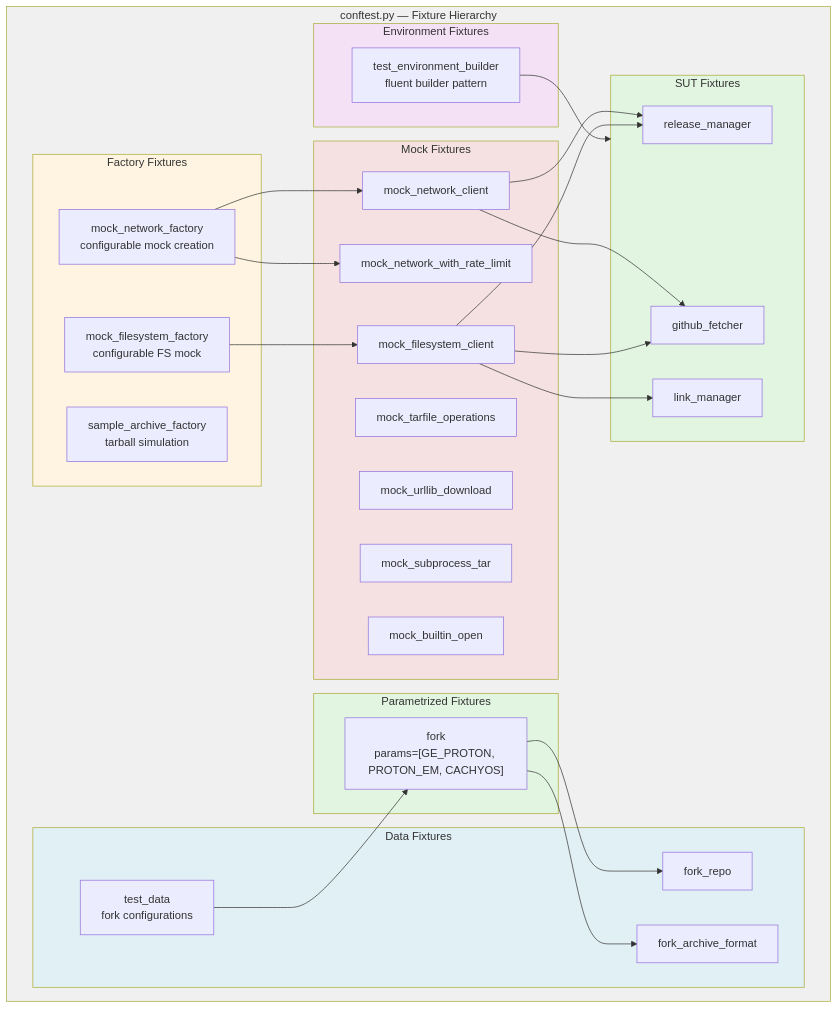
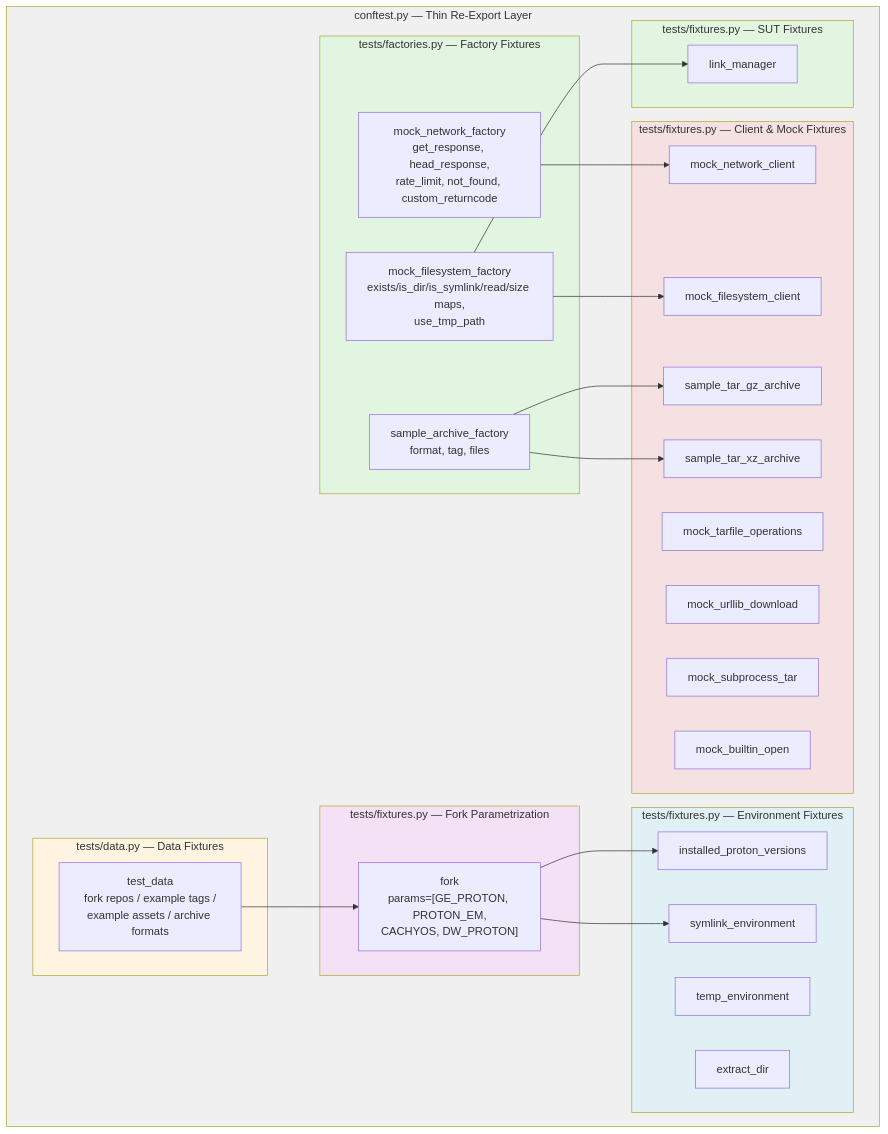
Diagram 15 of 16 in tests/TEST_DESIGN.md (WombatFromHell/protonge-fetcher), drawn with Mermaid before and after one commit. The commit also changed other lines of this file and 44 other files, not shown here.

````diff
--- a/tests/TEST_DESIGN.md
+++ b/tests/TEST_DESIGN.md
@@ -652,63 +654,58 @@
 ```mermaid
-graph TB
-    subgraph ROOT["conftest.py — Fixture Hierarchy"]
-        subgraph PARAM["Parametrized Fixtures"]
-            FORK["fork<br/>params=[GE_PROTON, PROTON_EM, CACHYOS]"]
+graph TD
+    subgraph ROOT["conftest.py — Thin Re-Export Layer"]
+        subgraph DATA_FIXTURES["tests/data.py — Data Fixtures"]
+            TDATA["test_data<br/>fork repos / example tags /<br/>example assets / archive formats"]
         end
 
-        subgraph FACTORY_FIXTURES["Factory Fixtures"]
-            NET_FACT["mock_network_factory<br/>configurable mock creation"]
-            FS_FACT["mock_filesystem_factory<br/>configurable FS mock"]
-            ARCH_FACT["sample_archive_factory<br/>tarball simulation"]
+        subgraph FACTORY_FIXTURES["tests/factories.py — Factory Fixtures"]
+            NET_FACT["mock_network_factory<br/>get_response, head_response,<br/>rate_limit, not_found, custom_returncode"]
+            FS_FACT["mock_filesystem_factory<br/>exists/is_dir/is_symlink/read/size maps,<br/>use_tmp_path"]
+            ARCH_FACT["sample_archive_factory<br/>format, tag, files"]
         end
 
-        subgraph MOCK_FIXTURES["Mock Fixtures"]
+        subgraph MOCK_FIXTURES["tests/fixtures.py — Client & Mock Fixtures"]
             MC_NET["mock_network_client"]
             MC_FS["mock_filesystem_client"]
+            MC_TARGZ["sample_tar_gz_archive"]
+            MC_TARXZ["sample_tar_xz_archive"]
             MC_TAR["mock_tarfile_operations"]
             MC_URL["mock_urllib_download"]
             MC_SUB["mock_subprocess_tar"]
             MC_OPEN["mock_builtin_open"]
-            MC_RATE["mock_network_with_rate_limit"]
         end
 
-        subgraph DATA_FIXTURES["Data Fixtures"]
-            TDATA["test_data<br/>fork configurations"]
-            FREPO["fork_repo"]
-            FFORMAT["fork_archive_format"]
+        subgraph ENV_FIXTURES["tests/fixtures.py — Environment Fixtures"]
+            ENV_TEMP["temp_environment"]
+            ENV_EXTRACT["extract_dir"]
+            ENV_INSTALLED["installed_proton_versions"]
+            ENV_SYMLINK["symlink_environment"]
         end
 
-        subgraph ENV_FIXTURES["Environment Fixtures"]
-            ENVB["test_environment_builder<br/>fluent builder pattern"]
+        subgraph FORK_PARAM["tests/fixtures.py — Fork Parametrization"]
+            FORK["fork<br/>params=[GE_PROTON, PROTON_EM,<br/>CACHYOS, DW_PROTON]"]
         end
 
-        subgraph SUT_FIXTURES["SUT Fixtures"]
-            FMGR["release_manager"]
+        subgraph SUT_FIXTURES["tests/fixtures.py — SUT Fixtures"]
             LMGR["link_manager"]
-            GFETCH["github_fetcher"]
         end
 
-        FORK --> FREPO
-        FORK --> FFORMAT
+        NET_FACT --> MC_NET
+        FS_FACT --> MC_FS
+        FS_FACT --> LMGR
+        ARCH_FACT --> MC_TARGZ
+        ARCH_FACT --> MC_TARXZ
+
+        FORK --> ENV_INSTALLED
+        FORK --> ENV_SYMLINK
         TDATA --> FORK
-
-        NET_FACT --> MC_NET
-        NET_FACT --> MC_RATE
-        FS_FACT --> MC_FS
-
-        MC_NET --> FMGR
-        MC_NET --> GFETCH
-        MC_FS --> LMGR
-        MC_FS --> FMGR
-        MC_FS --> GFETCH
-        ENVB --> SUT_FIXTURES
     end
 
     style ROOT fill:#f0f0f0
-    style PARAM fill:#e1f5e1
-    style FACTORY_FIXTURES fill:#fff4e1
+    style DATA_FIXTURES fill:#fff4e1
+    style FACTORY_FIXTURES fill:#e1f5e1
     style MOCK_FIXTURES fill:#f5e1e1
-    style DATA_FIXTURES fill:#e1f0f5
-    style ENV_FIXTURES fill:#f5e1f5
+    style ENV_FIXTURES fill:#e1f0f5
+    style FORK_PARAM fill:#f5e1f5
     style SUT_FIXTURES fill:#e1f5e1
 ```
````
